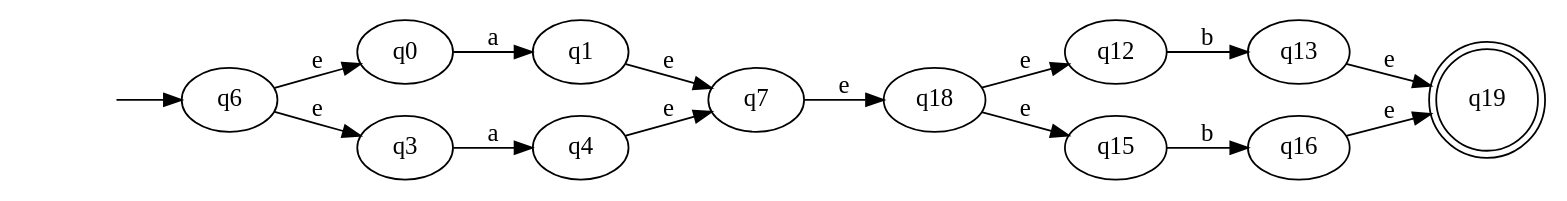
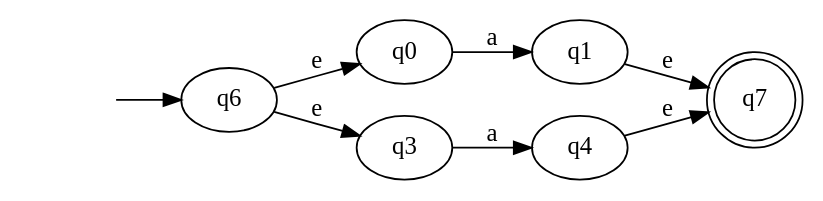
One commit to Squarific/TalenEnAutomaten changed the diagram in step1.gv. Above: the diagram before and after it, drawn with Graphviz. The commit also changed 16 other files, not shown here.

```diff
--- a/step1.gv
+++ b/step1.gv
@@ -1,19 +1,12 @@
 digraph g{
 	rankdir=LR
 	-1[style="invis"];
 	-1->"q6";
 	"q6"->"q0"[label="e"];
 	"q6"->"q3"[label="e"];
 	"q0"->"q1"[label="a"];
 	"q1"->"q7"[label="e"];
 	"q3"->"q4"[label="a"];
 	"q4"->"q7"[label="e"];
-	"q7"->"q18"[label="e"];
-	"q18"->"q12"[label="e"];
-	"q18"->"q15"[label="e"];
-	"q12"->"q13"[label="b"];
-	"q13"->"q19"[label="e"];
-	"q15"->"q16"[label="b"];
-	"q16"->"q19"[label="e"];
-	"q19"[shape="doublecircle"];
+	"q7"[shape="doublecircle"];
 }
```
